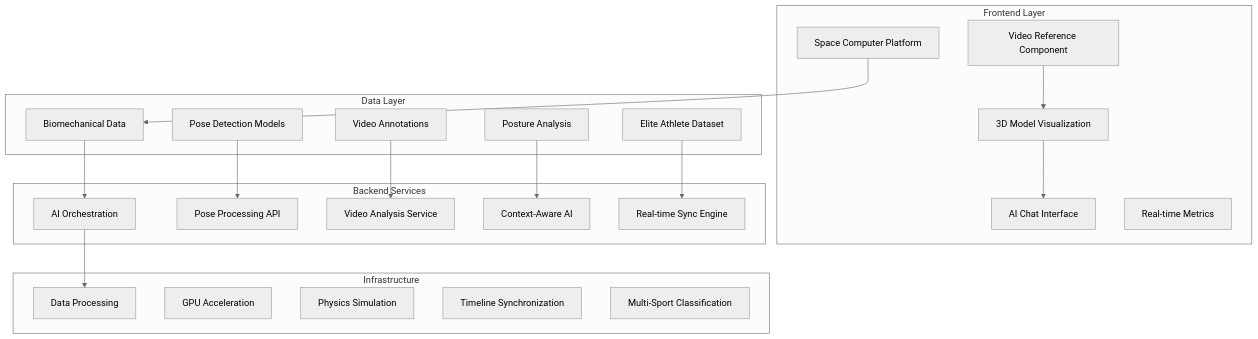
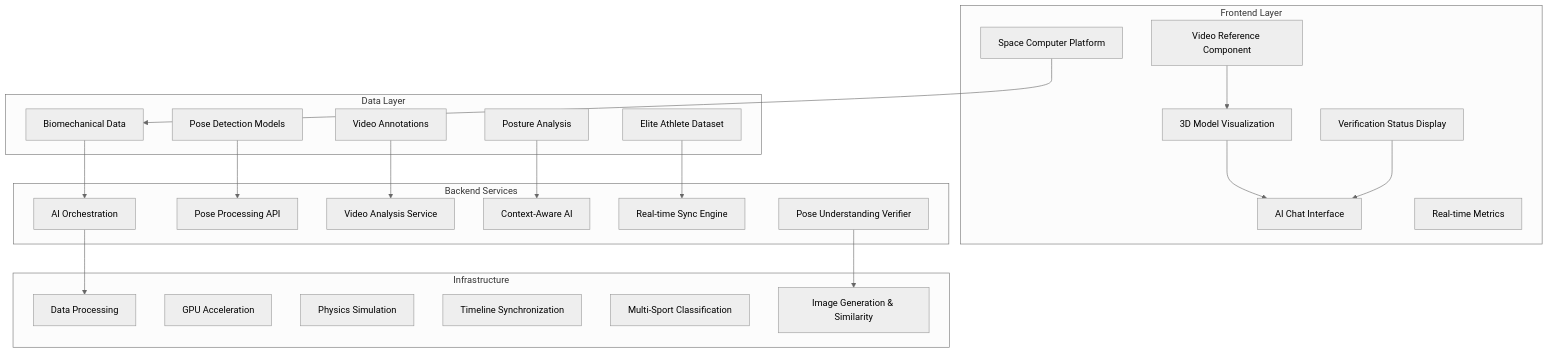
One commit to fullscreen-triangle/space-computer changed the diagram in README.md. Above: the diagram before and after it, drawn with Mermaid (neutral theme). The commit also changed other lines of this file, not shown here.

Commit message:
verification system

````diff
--- a/README.md
+++ b/README.md
@@ -36,44 +37,49 @@
 ```mermaid
 graph TB
     subgraph "Frontend Layer"
         A[Space Computer Platform]
         A1[Video Reference Component]
         A2[3D Model Visualization]
         A3[AI Chat Interface]
         A4[Real-time Metrics]
+        A5[Verification Status Display]
     end
     
     subgraph "Data Layer" 
         B[Biomechanical Data]
         B1[Pose Detection Models]
         B2[Video Annotations]
         B3[Posture Analysis]
         B4[Elite Athlete Dataset]
     end
     
     subgraph "Backend Services"
         C[AI Orchestration]
         C1[Pose Processing API]
         C2[Video Analysis Service]
         C3[Context-Aware AI]
         C4[Real-time Sync Engine]
+        C5[Pose Understanding Verifier]
     end
     
     subgraph "Infrastructure"
         D[Data Processing]
         D1[GPU Acceleration]
         D2[Physics Simulation]
         D3[Timeline Synchronization]
         D4[Multi-Sport Classification]
+        D5[Image Generation & Similarity]
     end
     
     A --> B
     B --> C
     C --> D
     A1 --> A2
     A2 --> A3
+    A5 --> A3
     B1 --> C1
     B2 --> C2
     B3 --> C3
     B4 --> C4
+    C5 --> D5
 ```
````
